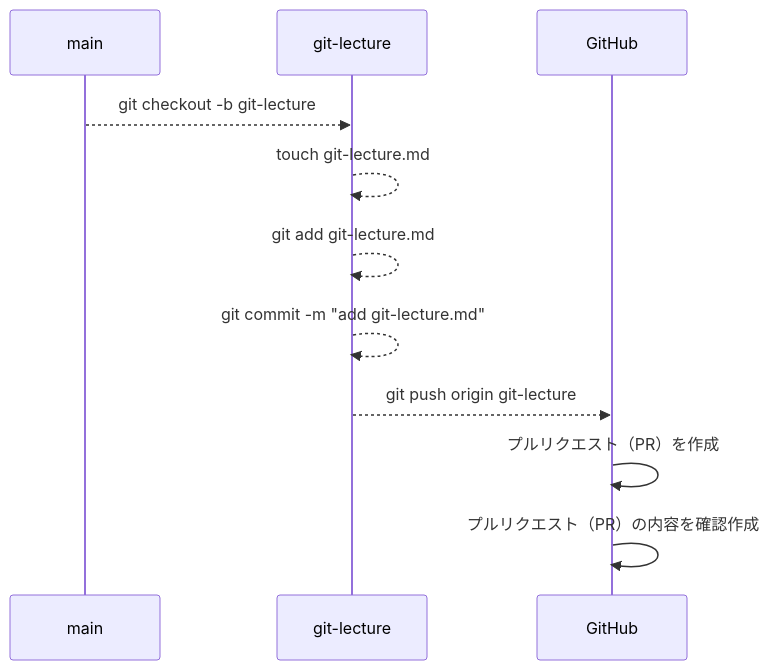
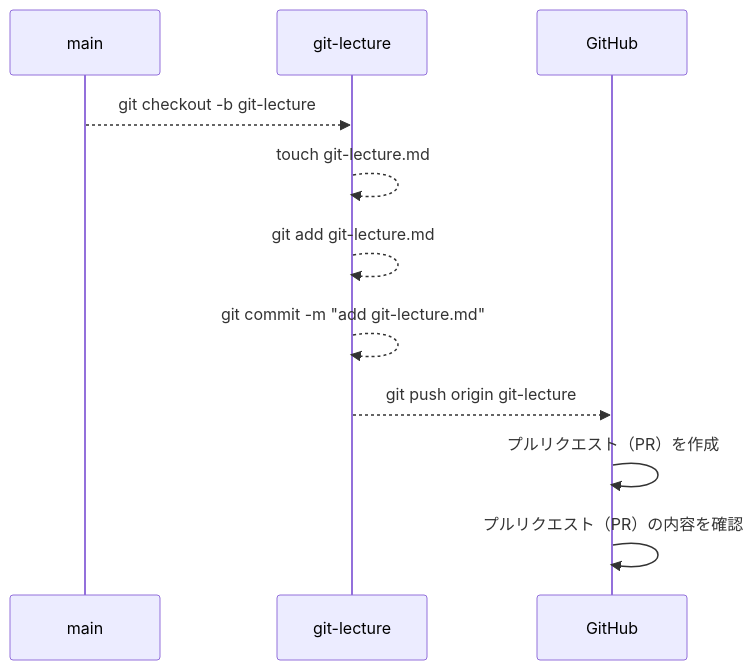
One commit to MasatoshiMizumoto/raisetech_documents changed the eighth of 11 diagrams in aws/docs/git_lecture.md. Above: the diagram before and after it, drawn with Mermaid. The commit also changed other lines of this file, not shown here.

````diff
--- a/aws/docs/git_lecture.md
+++ b/aws/docs/git_lecture.md
@@ -210,13 +210,13 @@
 ```mermaid
 sequenceDiagram
   participant A as main
   participant B as git-lecture
   participant C as GitHub
   A-->>B: git checkout -b git-lecture
   B-->>B: touch git-lecture.md
   B-->>B: git add git-lecture.md
   B-->>B: git commit -m "add git-lecture.md"
   B-->>C: git push origin git-lecture
   C->>C: プルリクエスト（PR）を作成
-  C->>C: プルリクエスト（PR）の内容を確認作成
+  C->>C: プルリクエスト（PR）の内容を確認
 ```
````
